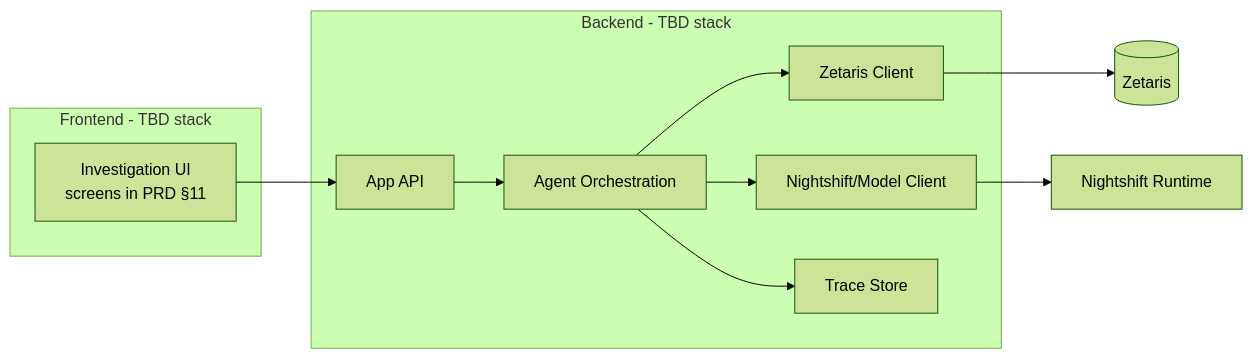
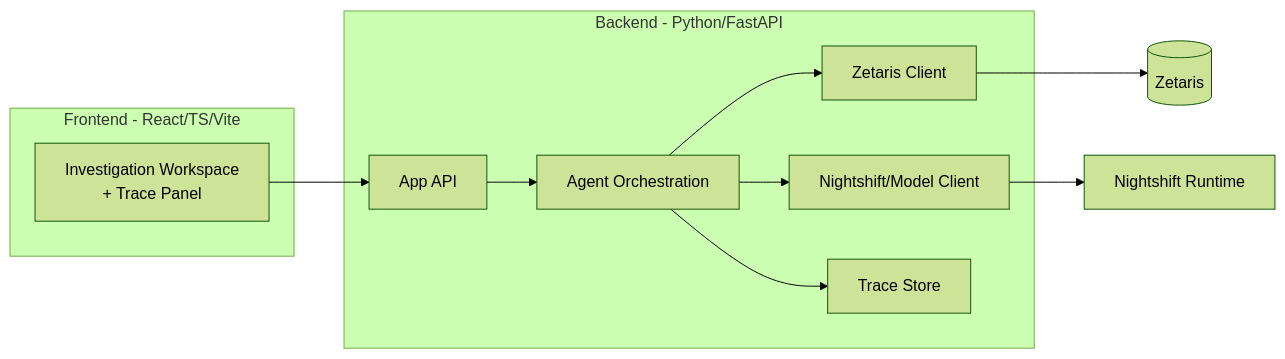
The fourth of 4 diagrams in ARCHITECTURE.md (mohamedalizan2025-cpu/uhakika-labs-open-agent), drawn with Mermaid (forest theme) before and after one commit. The commit also changed other lines of this file and 5 other files, not shown here.

````diff
--- a/ARCHITECTURE.md
+++ b/ARCHITECTURE.md
@@ -195,19 +195,19 @@
 ```mermaid
 flowchart LR
-  subgraph FE[Frontend - TBD stack]
-    UI[Investigation UI<br/>screens in PRD §11]
+  subgraph FE[Frontend - React/TS/Vite]
+    UI[Investigation Workspace<br/>+ Trace Panel]
   end
-  subgraph BE[Backend - TBD stack]
+  subgraph BE[Backend - Python/FastAPI]
     API[App API]
     ORCH[Agent Orchestration]
     ZC[Zetaris Client]
     RC[Nightshift/Model Client]
     TR[Trace Store]
   end
   Z[(Zetaris)]
   RT[Nightshift Runtime]
   UI --> API --> ORCH
   ORCH --> ZC --> Z
   ORCH --> RC --> RT
   ORCH --> TR
 ```
````
